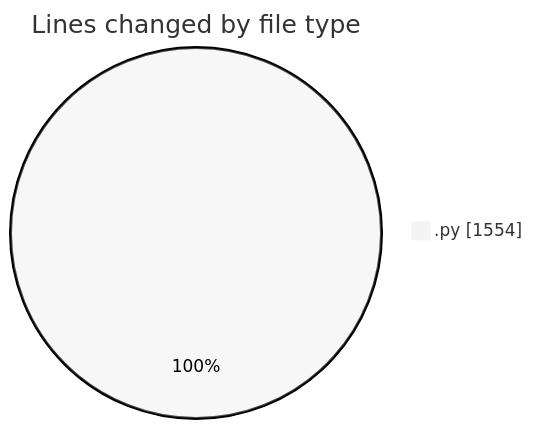
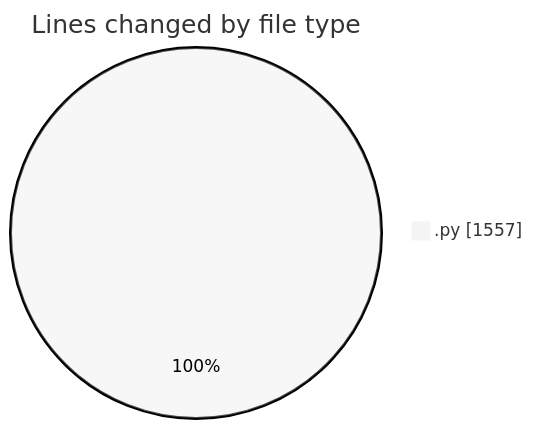
One commit to Ritupan-Deka/code-tracking changed the first of 2 diagrams in 2025-06-29/whiteboard/README.md. Above: the diagram before and after it, drawn with Mermaid (neutral theme). The commit also changed other lines of this file and 1 other file, not shown here.

````diff
--- a/2025-06-29/whiteboard/README.md
+++ b/2025-06-29/whiteboard/README.md
@@ -23,5 +23,5 @@
 ```mermaid
 pie showData
 title Lines changed by file type
-".py" : 1554
+".py" : 1557
 ```
````
